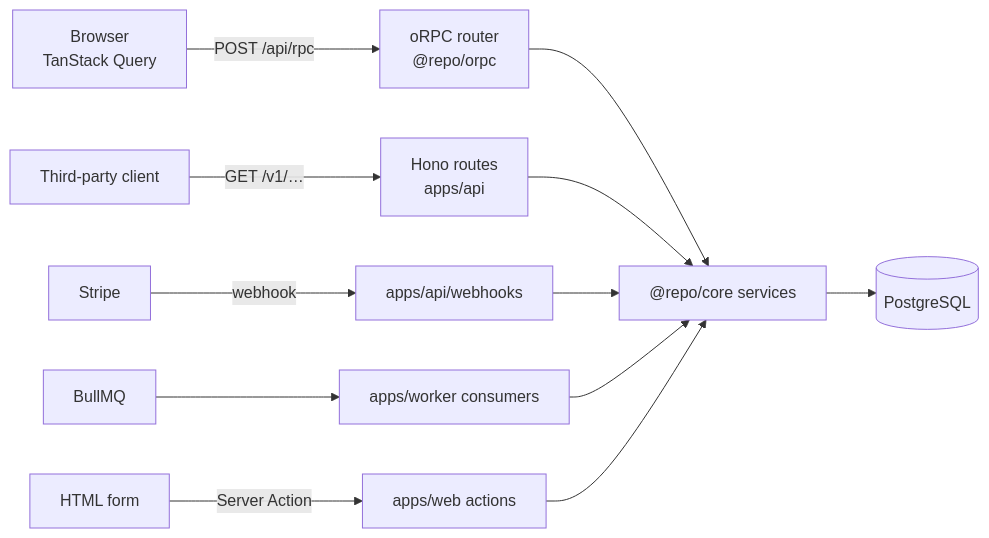
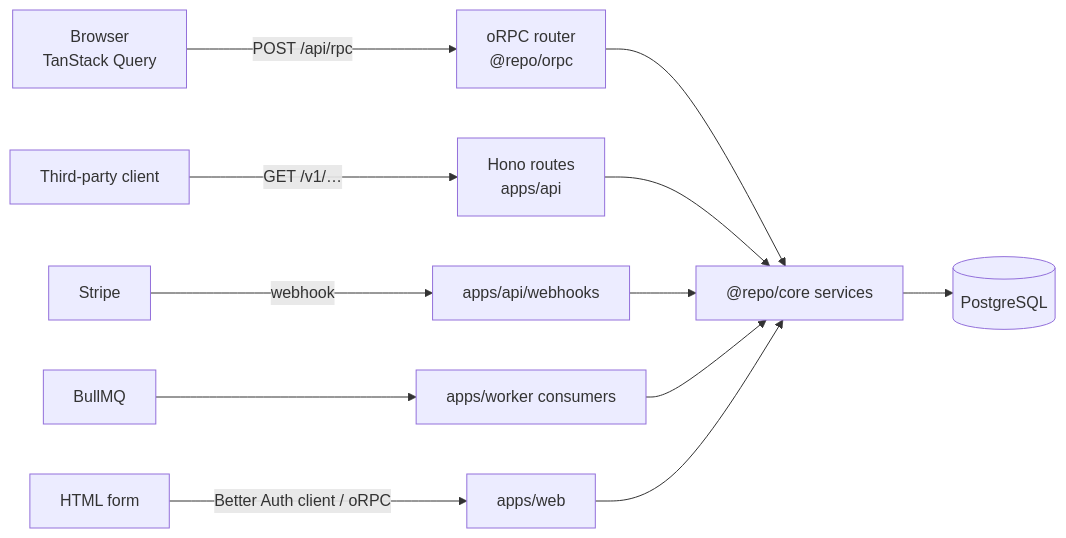
One commit to jleveneur/nextjs-boilerplate changed the second of 3 diagrams in docs/architecture/05-runtime-and-api.md. Above: the diagram before and after it, drawn with Mermaid. The commit also changed other lines of this file and 32 other files, not shown here.

First line of the commit message:
docs(architecture): rewrite docs as the implemented system

````diff
--- a/docs/architecture/05-runtime-and-api.md
+++ b/docs/architecture/05-runtime-and-api.md
@@ -105,15 +105,15 @@
 ```mermaid
 flowchart LR
     BROWSER["Browser<br/>TanStack Query"] -->|"POST /api/rpc"| ORPC["oRPC router<br/>@repo/orpc"]
     THIRD["Third-party client"] -->|"GET /v1/…"| REST["Hono routes<br/>apps/api"]
     STRIPE["Stripe"] -->|webhook| WH["apps/api/webhooks"]
     QUEUE["BullMQ"] --> CONS["apps/worker consumers"]
-    FORM["HTML form"] -->|Server Action| SA["apps/web actions"]
+    FORM["HTML form"] -->|Better Auth client / oRPC| SA["apps/web"]
 
     ORPC --> CORE["@repo/core services"]
     REST --> CORE
     WH --> CORE
     CONS --> CORE
     SA --> CORE
     CORE --> DB[("PostgreSQL")]
 ```
````
